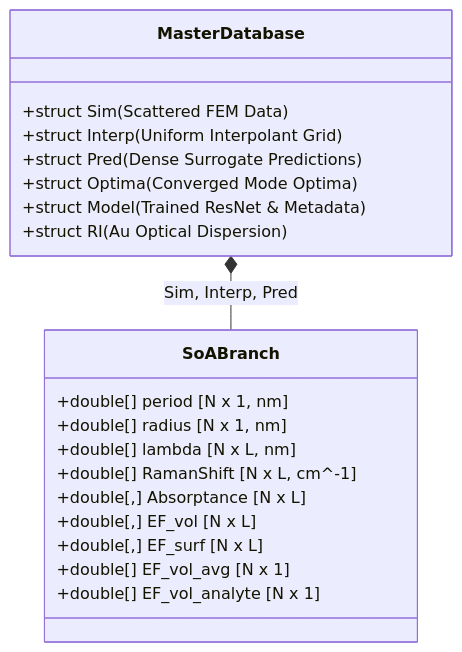
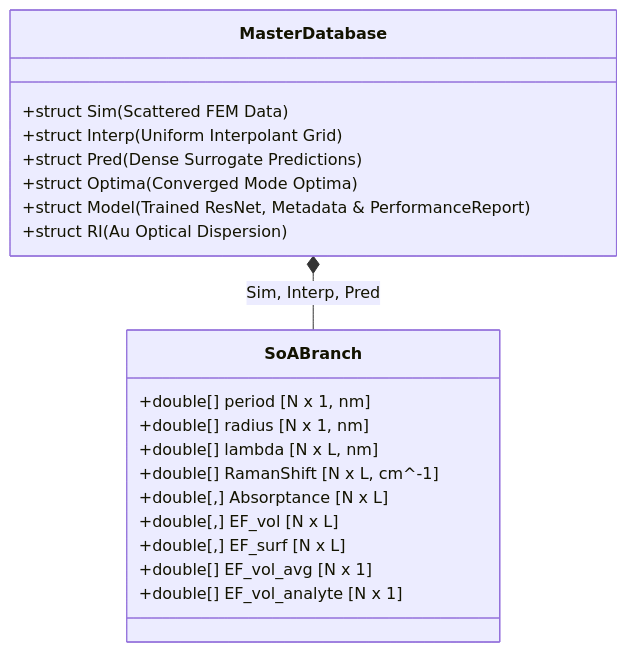
One commit to MahZadYar/ASSTEROID changed the third of 3 diagrams in README.md. Above: the diagram before and after it, drawn with Mermaid. The commit also changed other lines of this file and 12 other files, not shown here.

````diff
--- a/README.md
+++ b/README.md
@@ -202,23 +202,23 @@
 ```mermaid
 classDiagram
     class MasterDatabase {
         +struct Sim (Scattered FEM Data)
         +struct Interp (Uniform Interpolant Grid)
         +struct Pred (Dense Surrogate Predictions)
         +struct Optima (Converged Mode Optima)
-        +struct Model (Trained ResNet &amp; Metadata)
+        +struct Model (Trained ResNet, Metadata &amp; PerformanceReport)
         +struct RI (Au Optical Dispersion)
     }
     class SoABranch {
         +double[] period [N x 1, nm]
         +double[] radius [N x 1, nm]
         +double[] lambda [N x L, nm]
         +double[] RamanShift [N x L, cm^-1]
         +double[,] Absorptance [N x L]
         +double[,] EF_vol [N x L]
         +double[,] EF_surf [N x L]
         +double[] EF_vol_avg [N x 1]
         +double[] EF_vol_analyte [N x 1]
     }
     MasterDatabase *-- SoABranch : Sim, Interp, Pred
 ```
````
